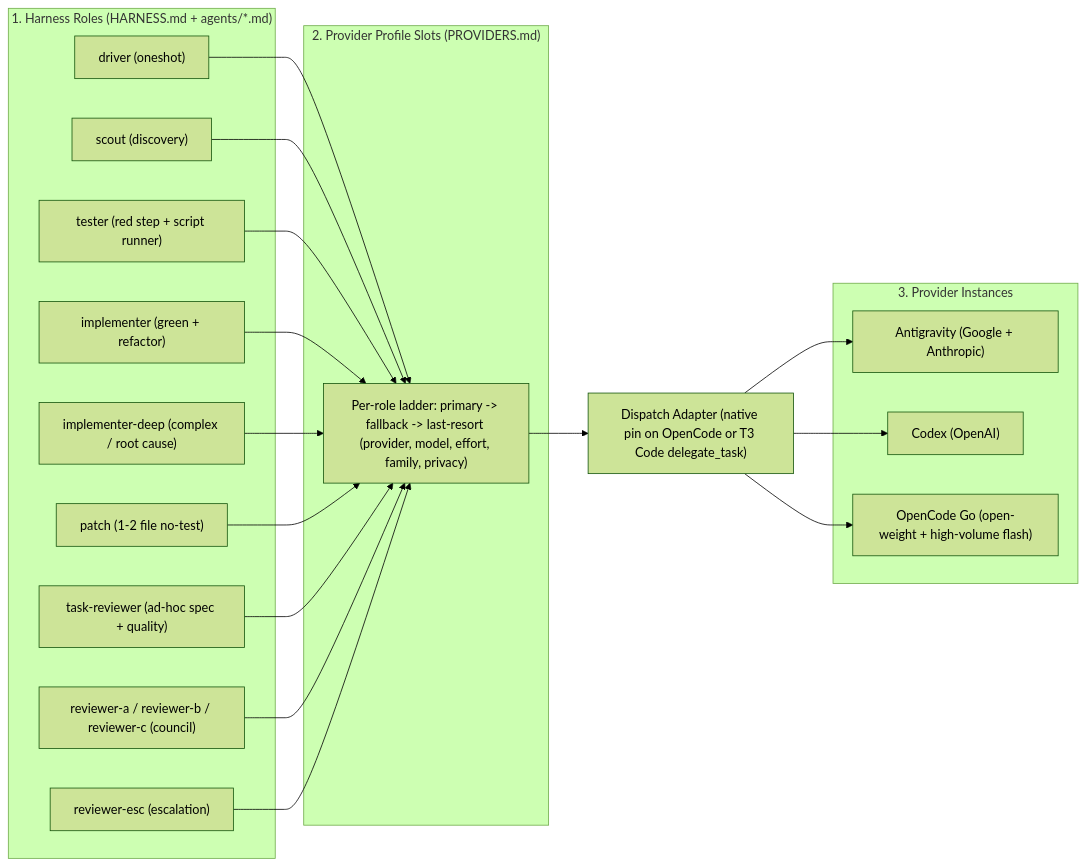
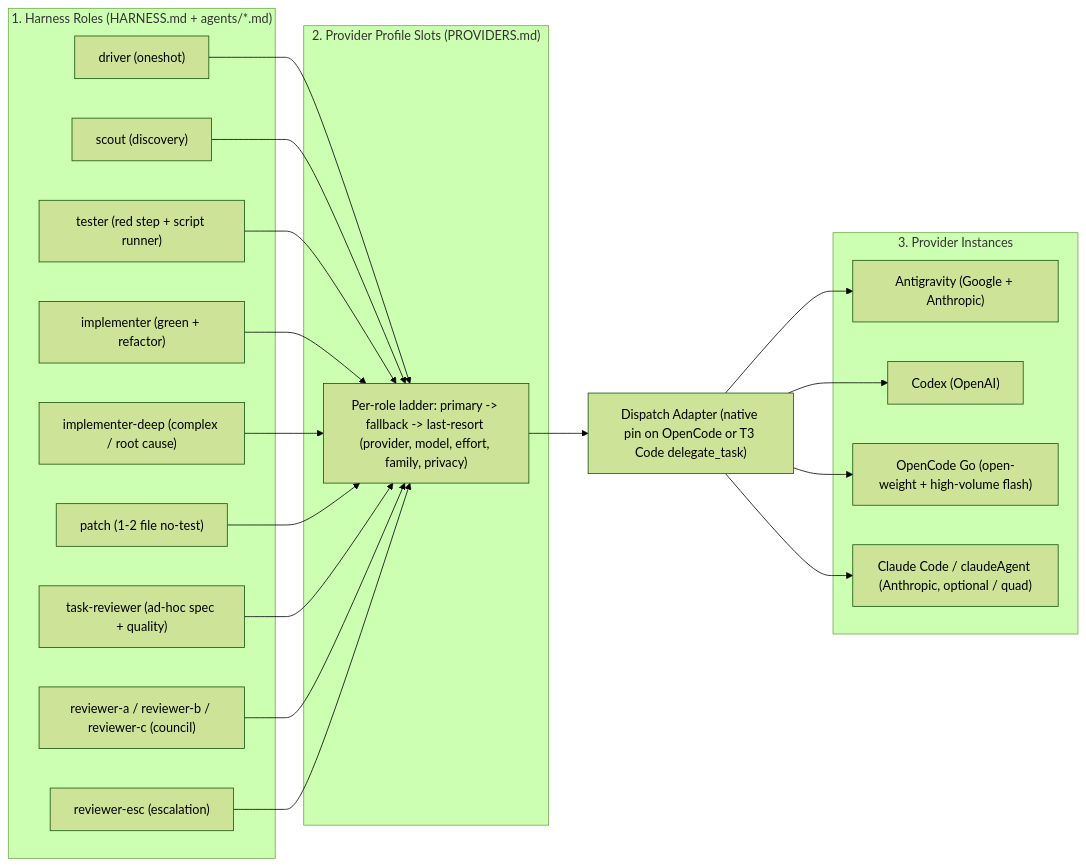
One commit to DennisLoska/skills changed the first of 2 diagrams in README.md. Above: the diagram before and after it, drawn with Mermaid (forest theme). The commit also changed other lines of this file and 4 other files, not shown here.

Commit message:
docs(providers): revision 2 frontier council, quad profile for Claude Code, provider-id charset, per-provider setup

````diff
--- a/README.md
+++ b/README.md
@@ -42,40 +42,42 @@
 ```mermaid
 flowchart LR
   subgraph L1["1. Harness Roles (HARNESS.md + agents/*.md)"]
     R_DRV["driver (oneshot)"]
     R_SCT["scout (discovery)"]
     R_TST["tester (red step + script runner)"]
     R_IMP["implementer (green + refactor)"]
     R_IMD["implementer-deep (complex / root cause)"]
     R_PAT["patch (1-2 file no-test)"]
     R_TRV["task-reviewer (ad-hoc spec + quality)"]
     R_CNC["reviewer-a / reviewer-b / reviewer-c (council)"]
     R_ESC["reviewer-esc (escalation)"]
   end
 
   subgraph L2["2. Provider Profile Slots (PROVIDERS.md)"]
     SLOTS["Per-role ladder: primary -> fallback -> last-resort (provider, model, effort, family, privacy)"]
   end
 
   DA["Dispatch Adapter (native pin on OpenCode or T3 Code delegate_task)"]
 
   subgraph L3["3. Provider Instances"]
     P_AG["Antigravity (Google + Anthropic)"]
     P_CX["Codex (OpenAI)"]
     P_GO["OpenCode Go (open-weight + high-volume flash)"]
+    P_CC["Claude Code / claudeAgent (Anthropic, optional / quad)"]
   end
 
   R_DRV --> SLOTS
   R_SCT --> SLOTS
   R_TST --> SLOTS
   R_IMP --> SLOTS
   R_IMD --> SLOTS
   R_PAT --> SLOTS
   R_TRV --> SLOTS
   R_CNC --> SLOTS
   R_ESC --> SLOTS
   SLOTS --> DA
   DA --> P_AG
   DA --> P_CX
   DA --> P_GO
+  DA --> P_CC
 ```
````
